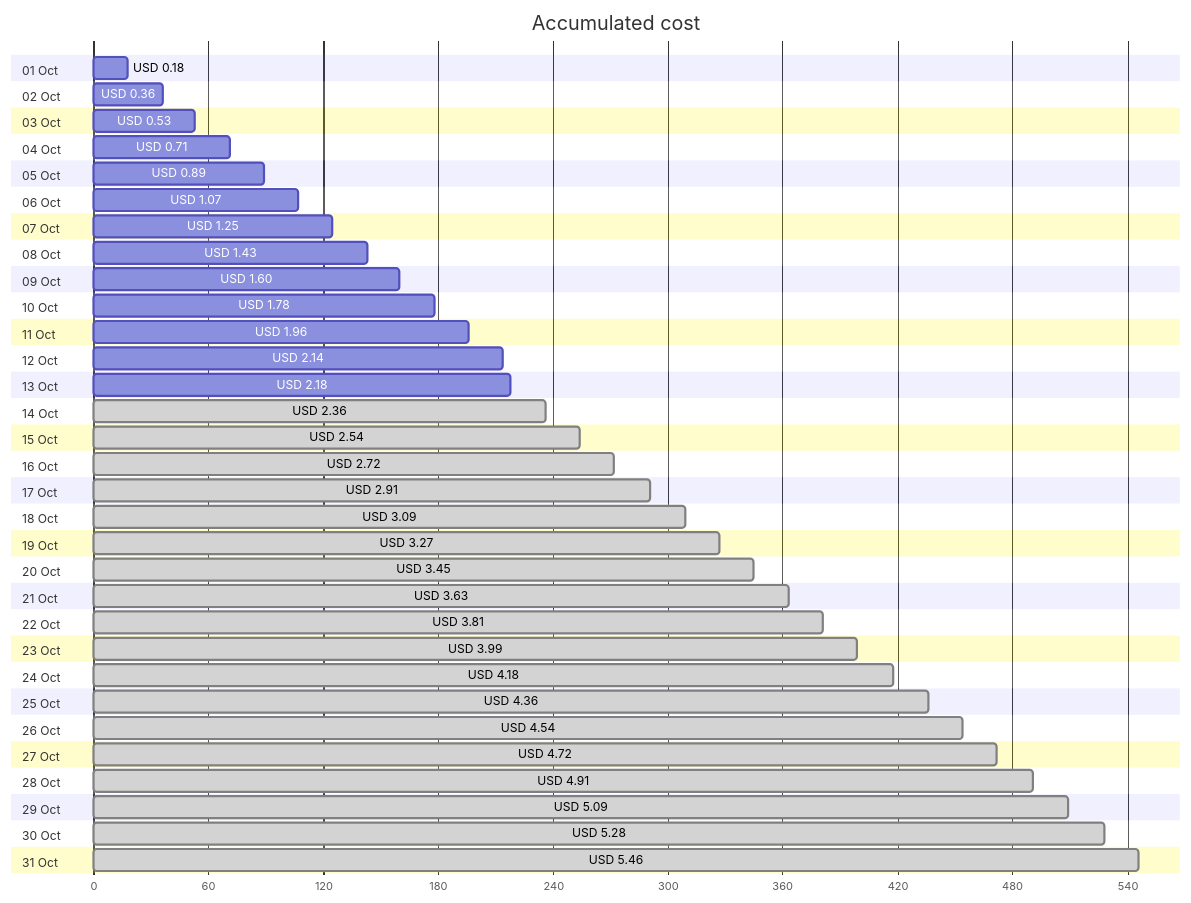
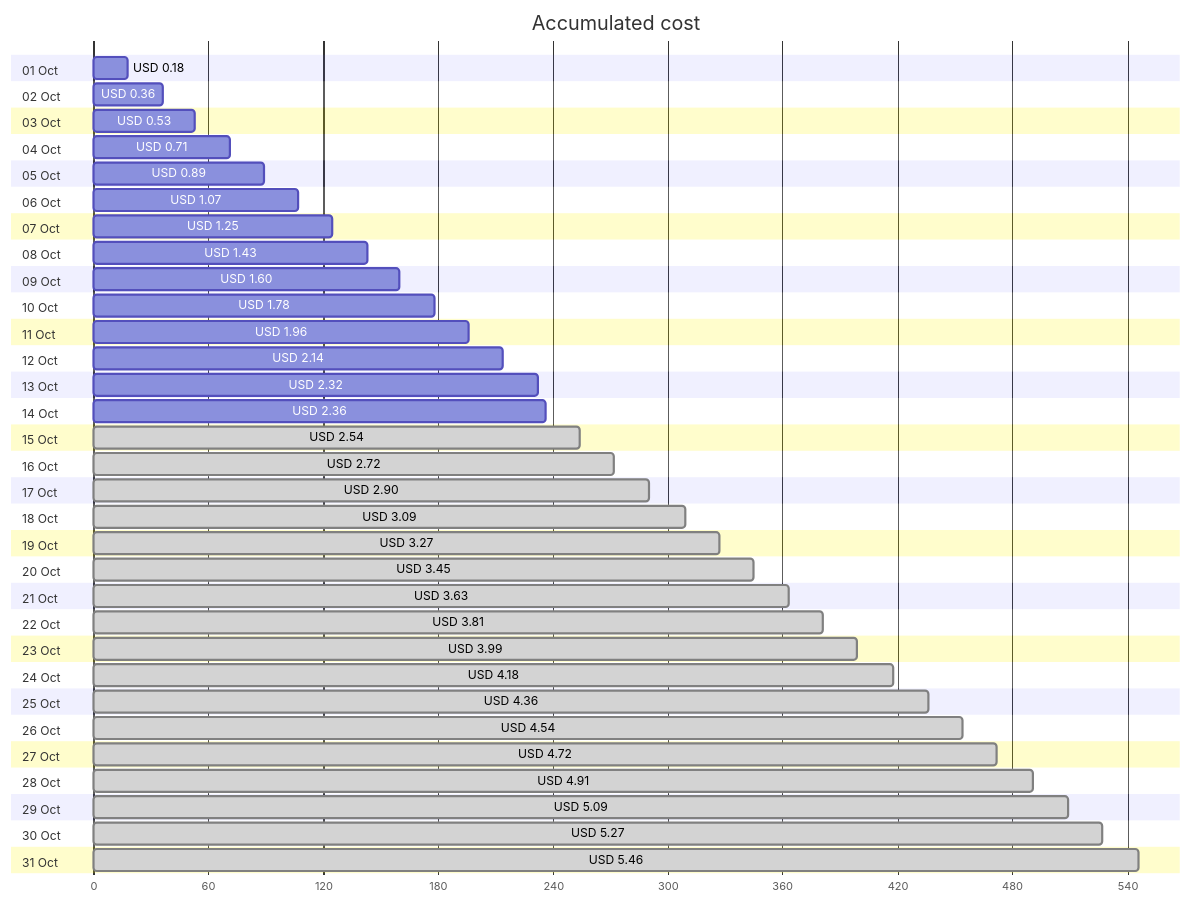
One commit to jpfulton/azure-personal-reports changed the first of 4 diagrams in cost-reports/personal-network/backup-server.md. Above: the diagram before and after it, drawn with Mermaid. The commit also changed other lines of this file and 8 other files, not shown here.

````diff
--- a/cost-reports/personal-network/backup-server.md
+++ b/cost-reports/personal-network/backup-server.md
@@ -20,68 +20,68 @@
 ```mermaid
 gantt
    title Accumulated cost
    dateFormat  X
    axisFormat %s
    section 01 Oct
    USD 0.18 :0, 18
    section 02 Oct
    USD 0.36 :0, 36
    section 03 Oct
    USD 0.53 :0, 53
    section 04 Oct
    USD 0.71 :0, 71
    section 05 Oct
    USD 0.89 :0, 89
    section 06 Oct
    USD 1.07 :0, 107
    section 07 Oct
    USD 1.25 :0, 125
    section 08 Oct
    USD 1.43 :0, 143
    section 09 Oct
    USD 1.60 :0, 160
    section 10 Oct
    USD 1.78 :0, 178
    section 11 Oct
    USD 1.96 :0, 196
    section 12 Oct
    USD 2.14 :0, 214
    section 13 Oct
-   USD 2.18 :0, 218
+   USD 2.32 :0, 232
    section 14 Oct
-   USD 2.36 : done, 0, 236
+   USD 2.36 :0, 236
    section 15 Oct
    USD 2.54 : done, 0, 254
    section 16 Oct
    USD 2.72 : done, 0, 272
    section 17 Oct
-   USD 2.91 : done, 0, 291
+   USD 2.90 : done, 0, 290
    section 18 Oct
    USD 3.09 : done, 0, 309
    section 19 Oct
    USD 3.27 : done, 0, 327
    section 20 Oct
    USD 3.45 : done, 0, 345
    section 21 Oct
    USD 3.63 : done, 0, 363
    section 22 Oct
    USD 3.81 : done, 0, 381
    section 23 Oct
    USD 3.99 : done, 0, 399
    section 24 Oct
    USD 4.18 : done, 0, 418
    section 25 Oct
    USD 4.36 : done, 0, 436
    section 26 Oct
    USD 4.54 : done, 0, 454
    section 27 Oct
    USD 4.72 : done, 0, 472
    section 28 Oct
    USD 4.91 : done, 0, 491
    section 29 Oct
    USD 5.09 : done, 0, 509
    section 30 Oct
-   USD 5.28 : done, 0, 528
+   USD 5.27 : done, 0, 527
    section 31 Oct
    USD 5.46 : done, 0, 546
 ```
````
